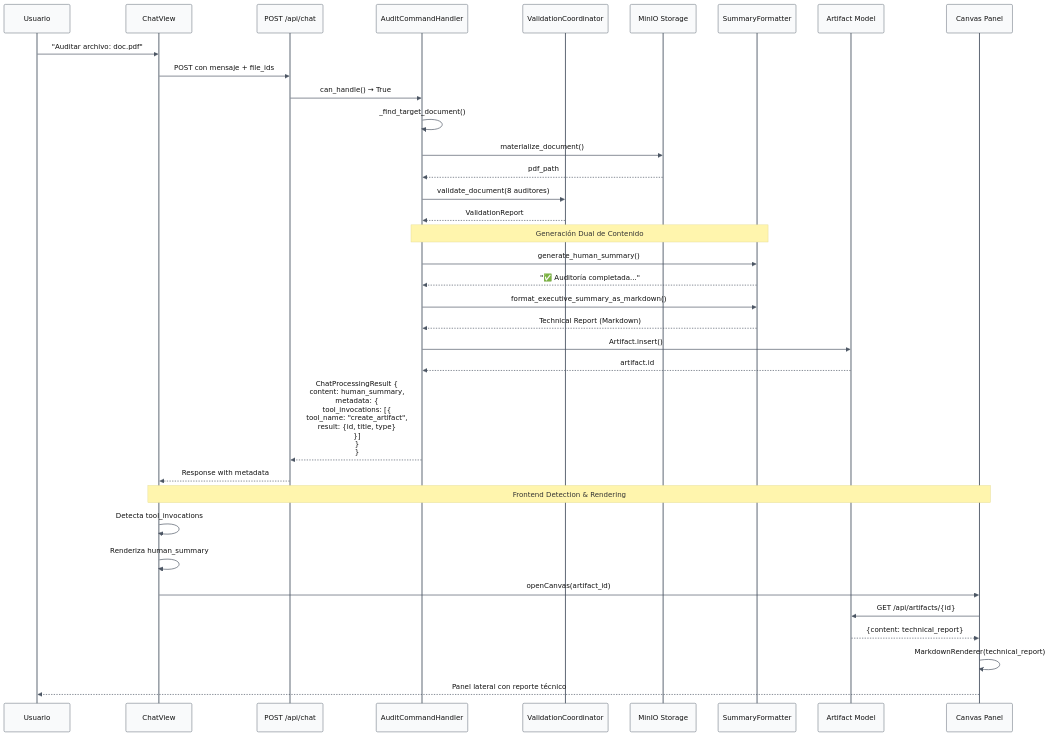
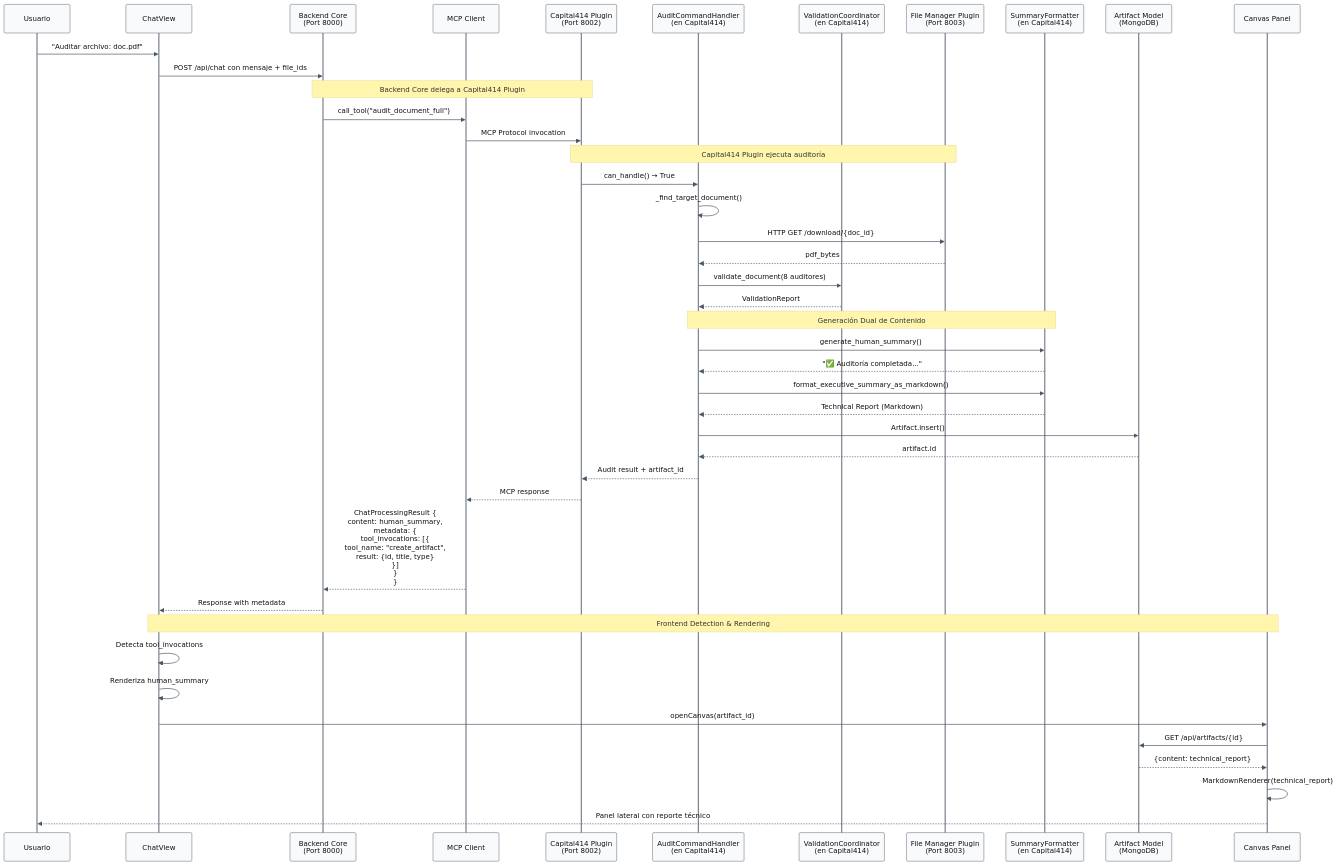
The tenth of 11 diagrams in README.md (saptiva-ai/octavios-chat), drawn with Mermaid before and after one commit. The commit also changed other lines of this file, not shown here.

First line of the commit message:
docs(README): complete Plugin-First architecture update (PHASE 2-3)

````diff
--- a/README.md
+++ b/README.md
@@ -856,44 +983,54 @@
 ```mermaid
 %%{init: {'theme': 'base', 'themeVariables': {'actorBorder': '#4b5563','actorBkg': '#f9fafb','actorTextColor': '#111111','signalColor': '#4b5563','signalTextColor': '#111111','activationBorderColor': '#4b5563','activationBkgColor': '#d1d5db','sequenceNumberColor': '#4b5563'}}}%%
 sequenceDiagram
     participant User as Usuario
     participant Chat as ChatView
-    participant API as POST /api/chat
-    participant Handler as AuditCommandHandler
-    participant Coordinator as ValidationCoordinator
-    participant MinIO as MinIO Storage
-    participant Formatter as SummaryFormatter
-    participant ArtifactDB as Artifact Model
+    participant BackendCore as Backend Core<br/>(Port 8000)
+    participant MCPClient as MCP Client
+    participant Capital414 as Capital414 Plugin<br/>(Port 8002)
+    participant Handler as AuditCommandHandler<br/>(en Capital414)
+    participant Coordinator as ValidationCoordinator<br/>(en Capital414)
+    participant FileManager as File Manager Plugin<br/>(Port 8003)
+    participant Formatter as SummaryFormatter<br/>(en Capital414)
+    participant ArtifactDB as Artifact Model<br/>(MongoDB)
     participant Canvas as Canvas Panel
 
     User->>Chat: "Auditar archivo: doc.pdf"
-    Chat->>API: POST con mensaje + file_ids
-    API->>Handler: can_handle() → True
+    Chat->>BackendCore: POST /api/chat con mensaje + file_ids
+
+    Note over BackendCore,Capital414: Backend Core delega a Capital414 Plugin
+    BackendCore->>MCPClient: call_tool("audit_document_full")
+    MCPClient->>Capital414: MCP Protocol invocation
+
+    Note over Capital414,FileManager: Capital414 Plugin ejecuta auditoría
+    Capital414->>Handler: can_handle() → True
     Handler->>Handler: _find_target_document()
-    Handler->>MinIO: materialize_document()
-    MinIO-->>Handler: pdf_path
+    Handler->>FileManager: HTTP GET /download/{doc_id}
+    FileManager-->>Handler: pdf_bytes
     Handler->>Coordinator: validate_document(8 auditores)
     Coordinator-->>Handler: ValidationReport
 
     Note over Handler,Formatter: Generación Dual de Contenido
     Handler->>Formatter: generate_human_summary()
     Formatter-->>Handler: "✅ Auditoría completada..."
     Handler->>Formatter: format_executive_summary_as_markdown()
     Formatter-->>Handler: Technical Report (Markdown)
 
     Handler->>ArtifactDB: Artifact.insert()
     ArtifactDB-->>Handler: artifact.id
 
-    Handler-->>API: ChatProcessingResult {<br/>  content: human_summary,<br/>  metadata: {<br/>    tool_invocations: [{<br/>      tool_name: "create_artifact",<br/>      result: {id, title, type}<br/>    }]<br/>  }<br/>}
+    Handler-->>Capital414: Audit result + artifact_id
+    Capital414-->>MCPClient: MCP response
+    MCPClient-->>BackendCore: ChatProcessingResult {<br/>  content: human_summary,<br/>  metadata: {<br/>    tool_invocations: [{<br/>      tool_name: "create_artifact",<br/>      result: {id, title, type}<br/>    }]<br/>  }<br/>}
 
-    API-->>Chat: Response with metadata
+    BackendCore-->>Chat: Response with metadata
 
     Note over Chat,Canvas: Frontend Detection & Rendering
     Chat->>Chat: Detecta tool_invocations
     Chat->>Chat: Renderiza human_summary
     Chat->>Canvas: openCanvas(artifact_id)
     Canvas->>ArtifactDB: GET /api/artifacts/{id}
     ArtifactDB-->>Canvas: {content: technical_report}
     Canvas->>Canvas: MarkdownRenderer(technical_report)
     Canvas-->>User: Panel lateral con reporte técnico
 ```
````
